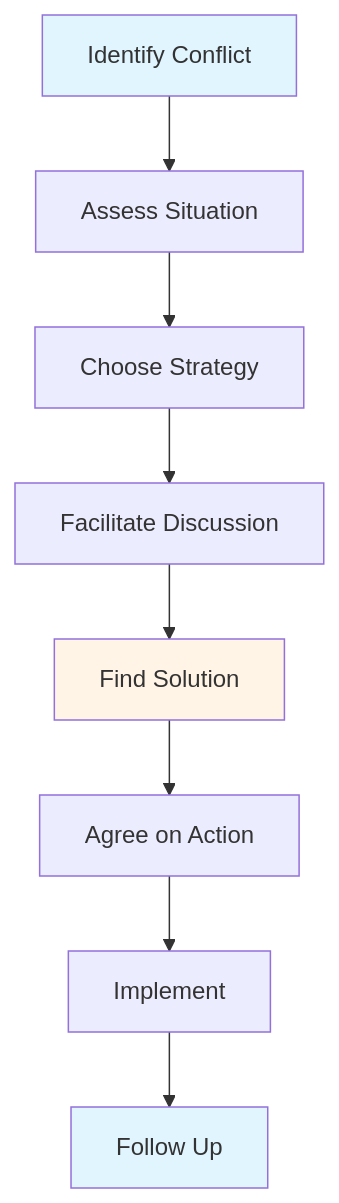
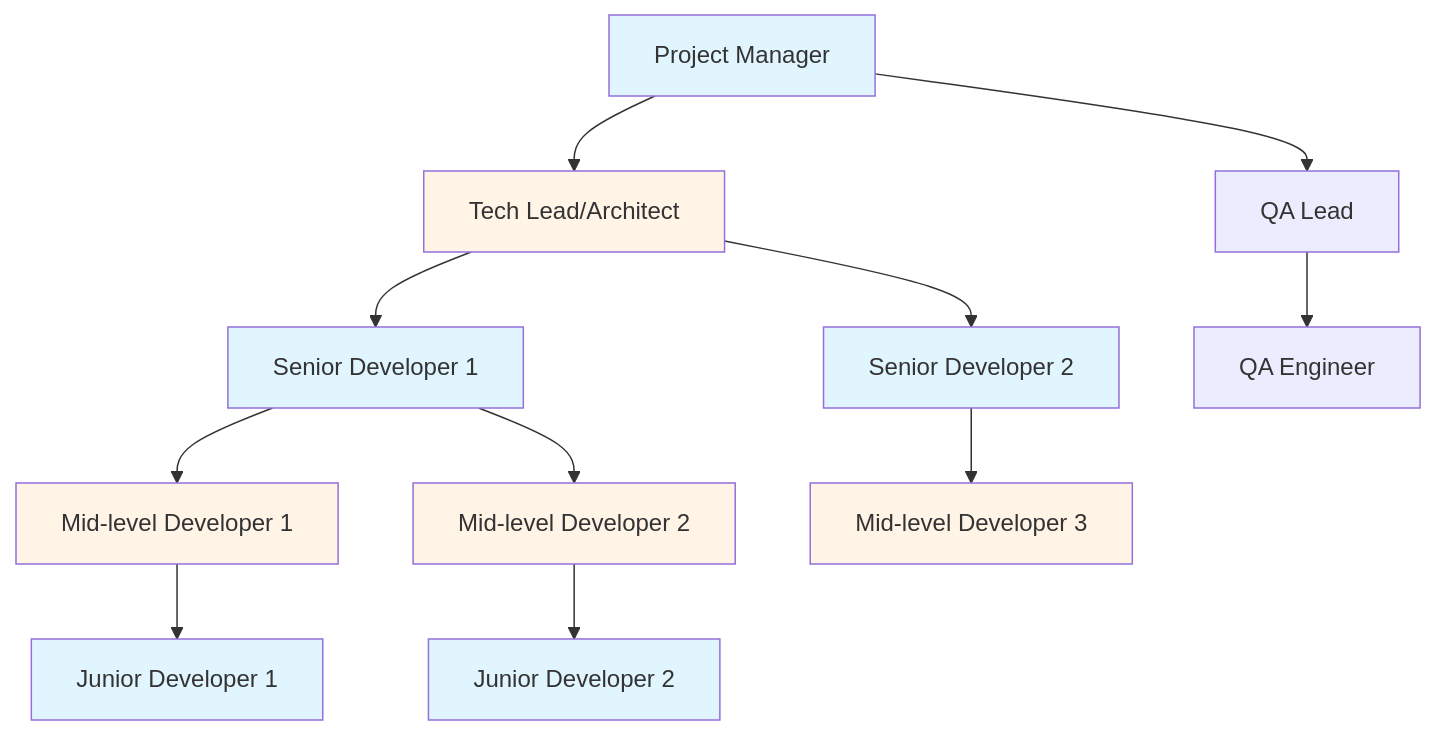
Before and after one commit to iouthnamain/tech-note: the second of 7 diagrams in PM-Guides/TEAM_MANAGEMENT_LEADERSHIP_GUIDE.md, drawn with Mermaid. The commit also changed other lines of this file and 68 other files, not shown here.

````diff
--- a/PM-Guides/TEAM_MANAGEMENT_LEADERSHIP_GUIDE.md
+++ b/PM-Guides/TEAM_MANAGEMENT_LEADERSHIP_GUIDE.md
@@ -930,14 +245,27 @@
 ```mermaid
 graph TD
-    A[Identify Conflict] --> B[Assess Situation]
-    B --> C[Choose Strategy]
-    C --> D[Facilitate Discussion]
-    D --> E[Find Solution]
-    E --> F[Agree on Action]
-    F --> G[Implement]
-    G --> H[Follow Up]
+    PM[Project Manager] --> TL[Tech Lead/Architect]
+    PM --> QA[QA Lead]
     
-    style A fill:#e1f5ff
-    style E fill:#fff4e6
-    style H fill:#e1f5ff
+    TL --> Senior1[Senior Developer 1]
+    TL --> Senior2[Senior Developer 2]
+    
+    Senior1 --> Mid1[Mid-level Developer 1]
+    Senior1 --> Mid2[Mid-level Developer 2]
+    Senior2 --> Mid3[Mid-level Developer 3]
+    
+    Mid1 --> Junior1[Junior Developer 1]
+    Mid2 --> Junior2[Junior Developer 2]
+    
+    QA --> QAMid[QA Engineer]
+    
+    style PM fill:#e1f5ff
+    style TL fill:#fff4e6
+    style Senior1 fill:#e1f5ff
+    style Senior2 fill:#e1f5ff
+    style Mid1 fill:#fff4e6
+    style Mid2 fill:#fff4e6
+    style Mid3 fill:#fff4e6
+    style Junior1 fill:#e1f5ff
+    style Junior2 fill:#e1f5ff
 ```
````
